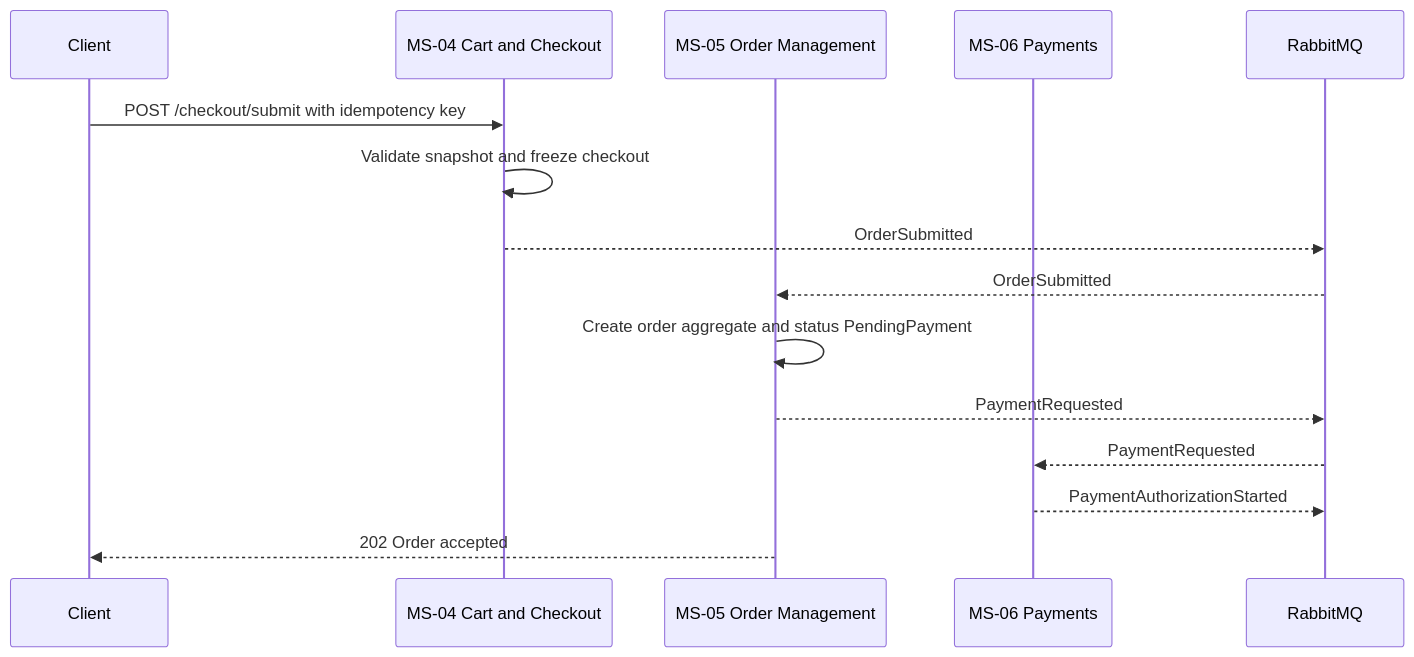
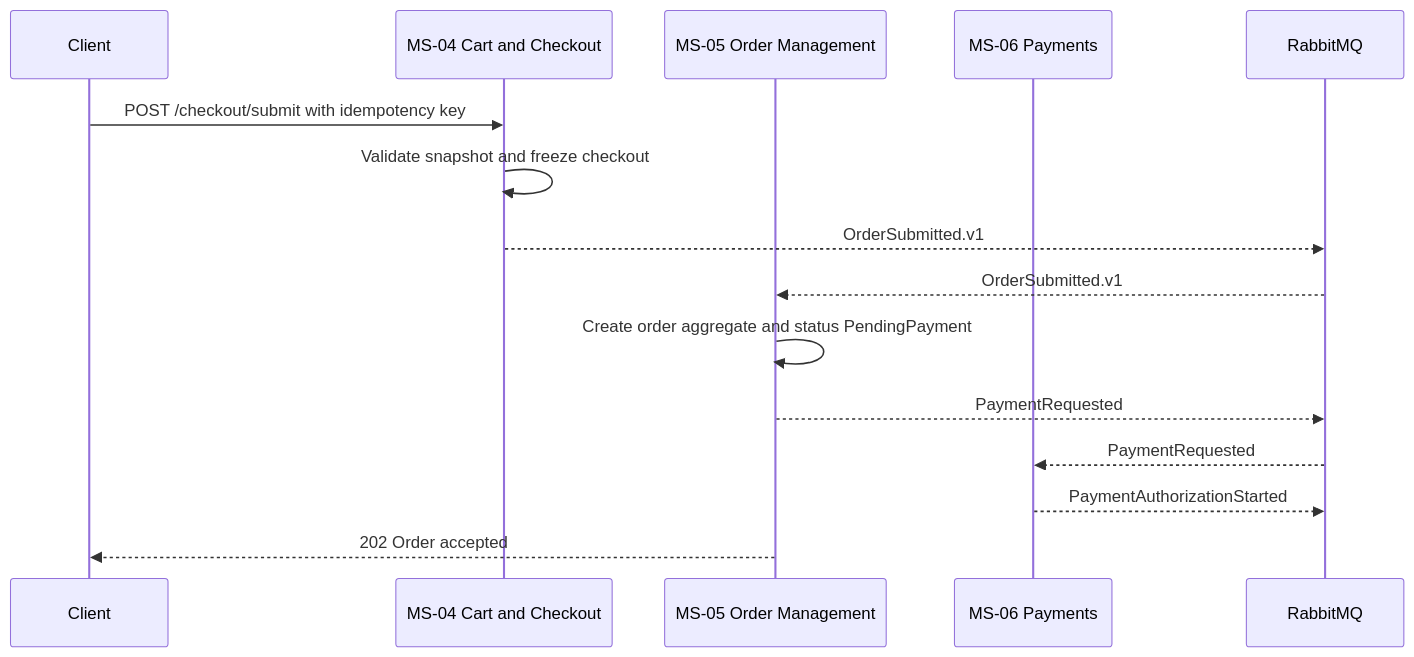
The sixth of 12 diagrams in modernization/shopizer-sequence-diagrams.md (Ky7m/shopizer-ecommerce-saam), drawn with Mermaid before and after one commit. The commit also changed other lines of this file and 87 other files, not shown here.

Commit message:
feat(phase4): reconcile shared contracts and event schemas

````diff
--- a/modernization/shopizer-sequence-diagrams.md
+++ b/modernization/shopizer-sequence-diagrams.md
@@ -100,17 +100,17 @@
 ```mermaid
 sequenceDiagram
     participant Client
     participant Cart as MS-04 Cart and Checkout
     participant Orders as MS-05 Order Management
     participant Payments as MS-06 Payments
     participant MQ as RabbitMQ
     Client->>Cart: POST /checkout/submit with idempotency key
     Cart->>Cart: Validate snapshot and freeze checkout
-    Cart-->>MQ: OrderSubmitted
-    MQ-->>Orders: OrderSubmitted
+    Cart-->>MQ: OrderSubmitted.v1
+    MQ-->>Orders: OrderSubmitted.v1
     Orders->>Orders: Create order aggregate and status PendingPayment
     Orders-->>MQ: PaymentRequested
     MQ-->>Payments: PaymentRequested
     Payments-->>MQ: PaymentAuthorizationStarted
     Orders-->>Client: 202 Order accepted
 ```
````
